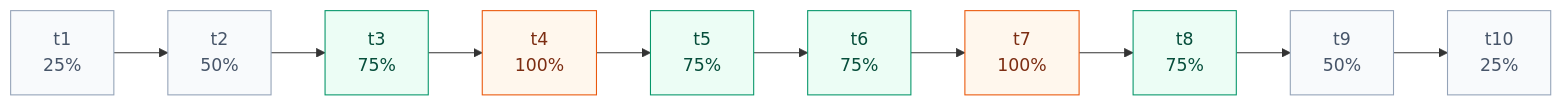
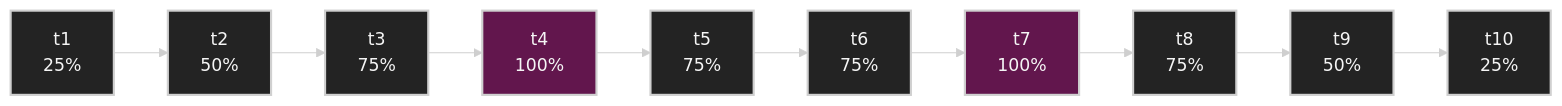
Before and after one commit to ziwon/ai-data-center-network: the fifth of 12 diagrams in deep-learning-for-network-engineers/week03/README.md, drawn with Mermaid. The commit also changed other lines of this file and 35 other files, not shown here.

Commit message:
docs(mermaid): apply dark diagram style

````diff
--- a/deep-learning-for-network-engineers/week03/README.md
+++ b/deep-learning-for-network-engineers/week03/README.md
@@ -288,16 +292,17 @@
 ```mermaid
+%%{init: {"theme": "base", "themeVariables": {"background": "#171717", "primaryColor": "#232323", "primaryTextColor": "#f5f5f5", "primaryBorderColor": "#d0d0d0", "lineColor": "#cfcfcf", "fontFamily": "Inter, Arial, sans-serif"}}}%%
 flowchart LR
-    classDef active fill:#ecfdf5,stroke:#059669,color:#064e3b
-    classDef idle fill:#f8fafc,stroke:#94a3b8,color:#475569
-    classDef peak fill:#fff7ed,stroke:#ea580c,color:#7c2d12
+    classDef active fill:#232323,stroke:#d0d0d0,color:#f5f5f5,stroke-width:2px;
+    classDef idle fill:#232323,stroke:#d0d0d0,color:#f5f5f5,stroke-width:2px;
+    classDef peak fill:#62164d,stroke:#d0d0d0,color:#f5f5f5,stroke-width:2px;
 
     T1[t1<br/>25%]:::idle --> T2[t2<br/>50%]:::idle
     T2 --> T3[t3<br/>75%]:::active
     T3 --> T4[t4<br/>100%]:::peak
     T4 --> T5[t5<br/>75%]:::active
     T5 --> T6[t6<br/>75%]:::active
     T6 --> T7[t7<br/>100%]:::peak
     T7 --> T8[t8<br/>75%]:::active
     T8 --> T9[t9<br/>50%]:::idle
     T9 --> T10[t10<br/>25%]:::idle
 ```
````
